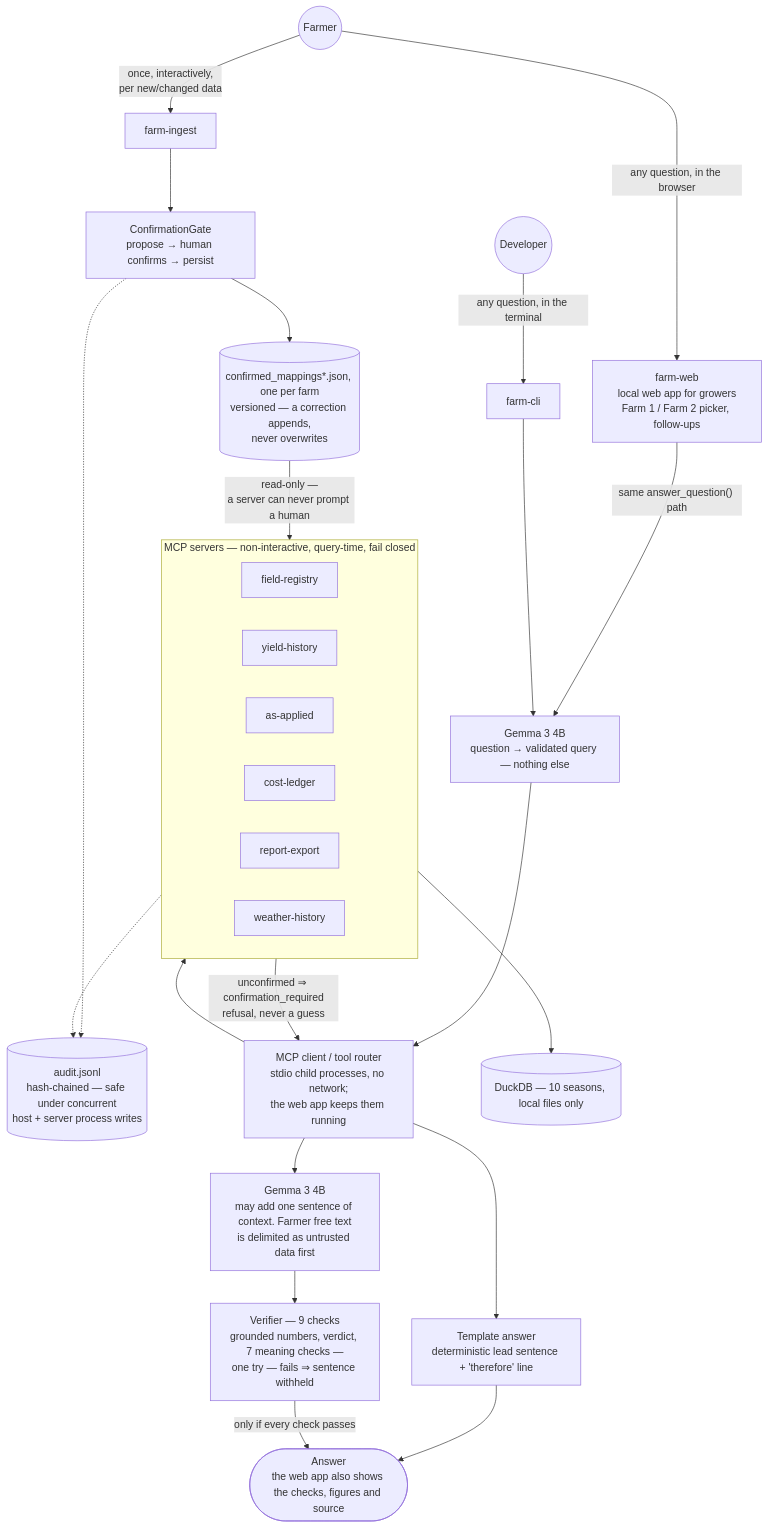
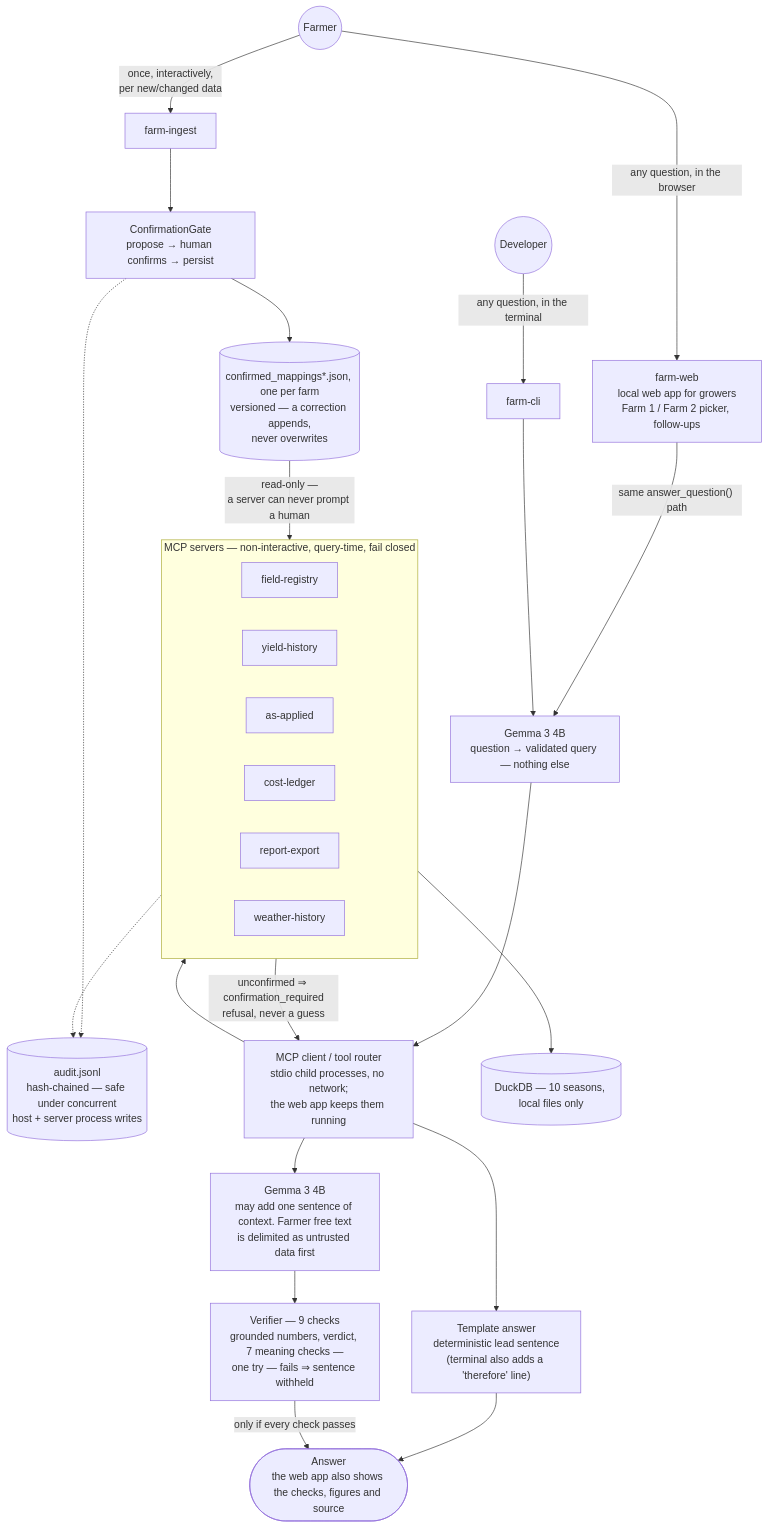
Before and after one commit to lynnlangit/precision-farm-mcp: the first of 2 diagrams in docs/ARCHITECTURE.md, drawn with Mermaid. The commit also changed other lines of this file and 5 other files, not shown here.

First line of the commit message:
Remove the gold "What that means" line from the answer card

````diff
--- a/docs/ARCHITECTURE.md
+++ b/docs/ARCHITECTURE.md
@@ -6,37 +6,37 @@
 ```mermaid
 flowchart TD
     Farmer(("Farmer"))
 
     Farmer -->|"once, interactively,<br/>per new/changed data"| Ingest["farm-ingest"]
     Farmer -->|"any question, in the browser"| Web["farm-web<br/>local web app for growers<br/>Farm 1 / Farm 2 picker, follow-ups"]
     Dev(("Developer")) -->|"any question, in the terminal"| CLI["farm-cli"]
 
     Ingest --> Gate["ConfirmationGate<br/>propose → human confirms → persist"]
     Gate --> Store[("confirmed_mappings*.json, one per farm<br/>versioned — a correction appends,<br/>never overwrites")]
     Gate -.-> Audit
 
     Web -->|"same answer_question() path"| Parser
     CLI --> Parser["Gemma 3 4B<br/>question → validated query — nothing else"]
     Parser --> Router["MCP client / tool router<br/>stdio child processes, no network;<br/>the web app keeps them running"]
 
     subgraph Servers["MCP servers — non-interactive, query-time, fail closed"]
         FR["field-registry"]
         YH["yield-history"]
         AA["as-applied"]
         CL2["cost-ledger"]
         RE["report-export"]
         WH["weather-history"]
     end
 
     Router --> Servers
     Store -->|"read-only —<br/>a server can never prompt a human"| Servers
     Servers -->|"unconfirmed ⇒ confirmation_required<br/>refusal, never a guess"| Router
     Servers --> DB[("DuckDB — 10 seasons, local files only")]
     Servers -.-> Audit[("audit.jsonl<br/>hash-chained — safe under concurrent<br/>host + server process writes")]
 
-    Router --> Template["Template answer<br/>deterministic lead sentence + 'therefore' line"]
+    Router --> Template["Template answer<br/>deterministic lead sentence<br/>(terminal also adds a 'therefore' line)"]
     Router --> Narrator["Gemma 3 4B<br/>may add one sentence of context. Farmer free text<br/>is delimited as untrusted data first"]
     Narrator --> Checks["Verifier — 9 checks<br/>grounded numbers, verdict, 7 meaning checks —<br/>one try — fails ⇒ sentence withheld"]
     Template --> Answer(["Answer<br/>the web app also shows the checks, figures and source"])
     Checks -->|"only if every check passes"| Answer
 ```
````
